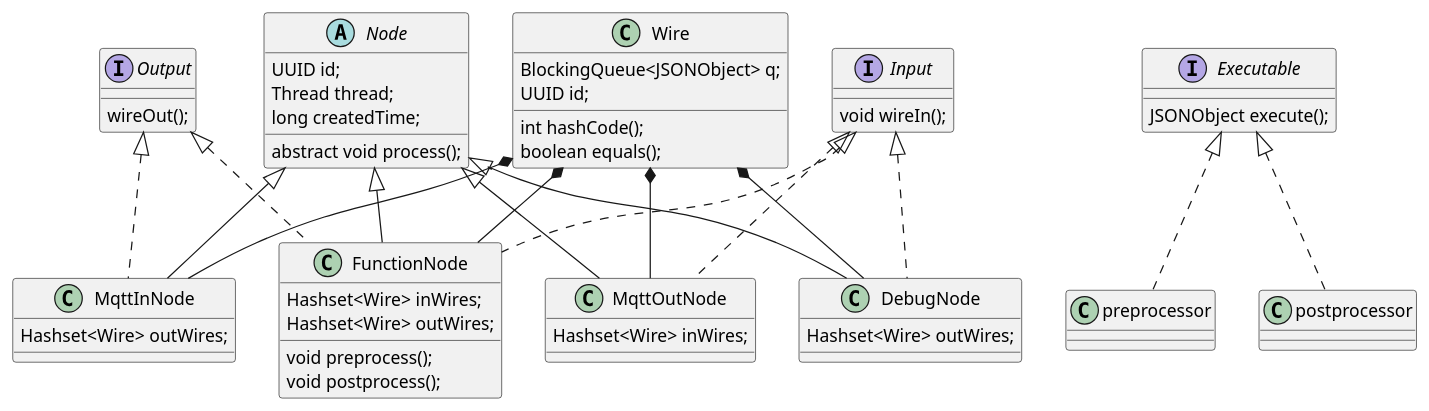
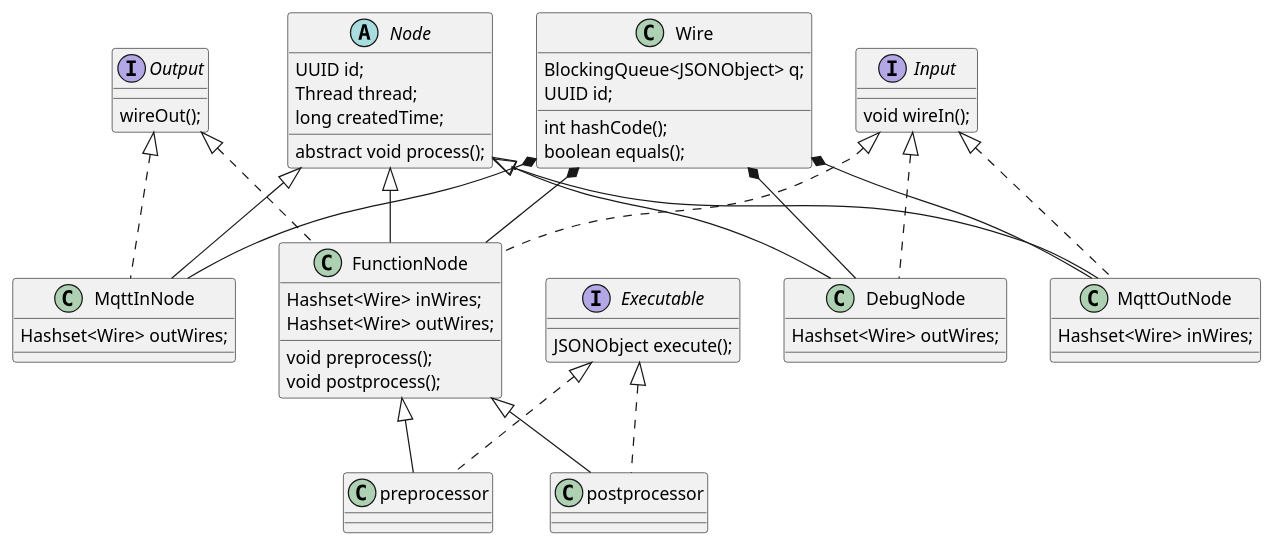
One commit to haedanui/mqtt_project changed the diagram in 구조.wsd. Above: the diagram before and after it, drawn with PlantUML. The commit also changed 2 other files, not shown here.

Commit message:
feat : UML, README.md, UML 이미지 추가

```diff
--- a/구조.wsd
+++ b/구조.wsd
@@ -1,72 +1,75 @@
 @startuml
 
 abstract class Node {
     UUID id;
     Thread thread;
     long createdTime;
 
     abstract void process();
 }
 
 class Wire {
     BlockingQueue<JSONObject> q;
     UUID id;
 
     int hashCode();
     boolean equals();
 }
 
 interface Output {
     wireOut();
 }
 
 interface Input {
     void wireIn();
 }
 
 interface Executable {
     JSONObject execute();
 }
 
 class FunctionNode {
     Hashset<Wire> inWires;
     Hashset<Wire> outWires;
 
     void preprocess();
     void postprocess();
 }
 
 class MqttInNode {
     Hashset<Wire> outWires;
 }
 
 class MqttOutNode {
     Hashset<Wire> inWires;
 }
 
 class DebugNode {
     Hashset<Wire> outWires;
 }
 
 Node <|-- MqttInNode
 Node <|-- MqttOutNode
 Node <|-- FunctionNode
 Node <|-- DebugNode
 
 Output <|.. MqttInNode
 Input <|.. MqttOutNode
 
 Output <|.. FunctionNode
 Input <|.. FunctionNode
 Input <|.. DebugNode
 
 Executable <|.. preprocessor
 Executable <|.. postprocessor
 
+FunctionNode <|-- preprocessor
+FunctionNode <|-- postprocessor
+
 Wire *-- FunctionNode
 Wire *-- MqttInNode
 Wire *-- MqttOutNode
 Wire *-- DebugNode
 
 
 @enduml
```
